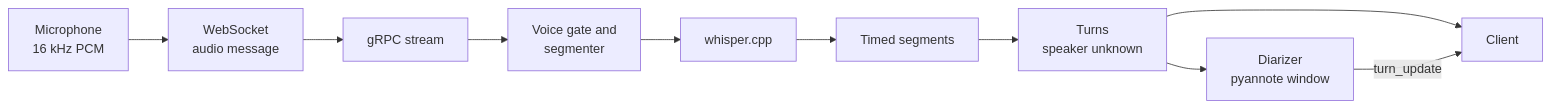
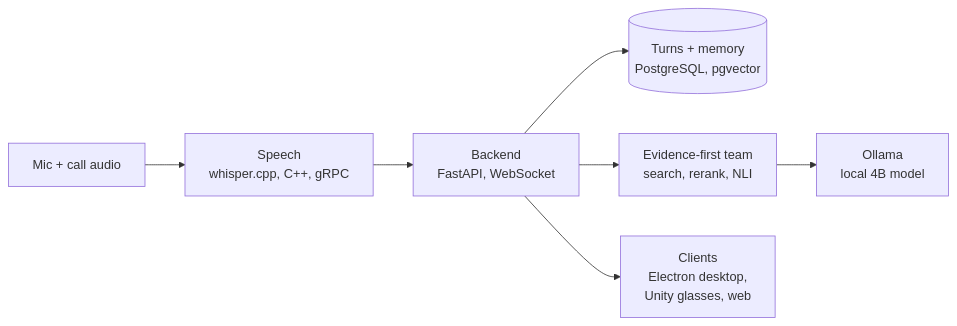
Before and after one commit to aakashksen/ContextLens-Neo: the second of 2 diagrams in README.md, drawn with Mermaid. The commit also changed other lines of this file and 1 other file, not shown here.

Commit message:
README: product-first: logo, one-line pitch, demo picture, desktop and glasses screenshots, results up top, a current diagram of how a press works, a tighter stack table and quick start; reference material folded into collapsible sections

````diff
--- a/README.md
+++ b/README.md
@@ -183,12 +85,9 @@
 ```mermaid
 flowchart LR
-    MIC["Microphone<br/>16 kHz PCM"] --> WS["WebSocket<br/>audio message"]
-    WS --> GR["gRPC stream"]
-    GR --> VG["Voice gate and<br/>segmenter"]
-    VG --> WH["whisper.cpp"]
-    WH --> SEG["Timed segments"]
-    SEG --> TU["Turns<br/>speaker unknown"]
-    TU --> CL["Client"]
-    TU --> DZ["Diarizer<br/>pyannote window"]
-    DZ -->|"turn_update"| CL
+    MIC["Mic + call audio"] --> SP["Speech<br/>whisper.cpp, C++, gRPC"]
+    SP --> BE["Backend<br/>FastAPI, WebSocket"]
+    BE --> ST[("Turns + memory<br/>PostgreSQL, pgvector")]
+    BE --> AG["Evidence-first team<br/>search, rerank, NLI"]
+    AG --> LM["Ollama<br/>local 4B model"]
+    BE --> CL["Clients<br/>Electron desktop,<br/>Unity glasses, web"]
 ```
````
